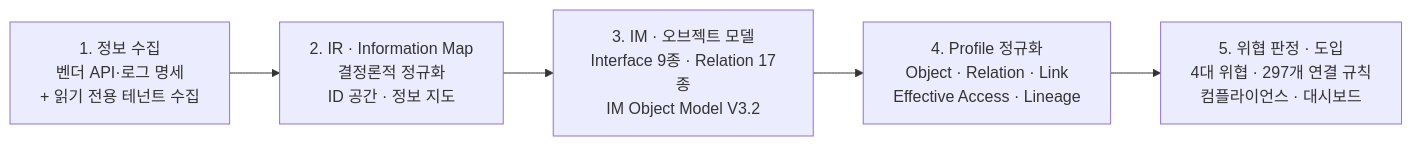
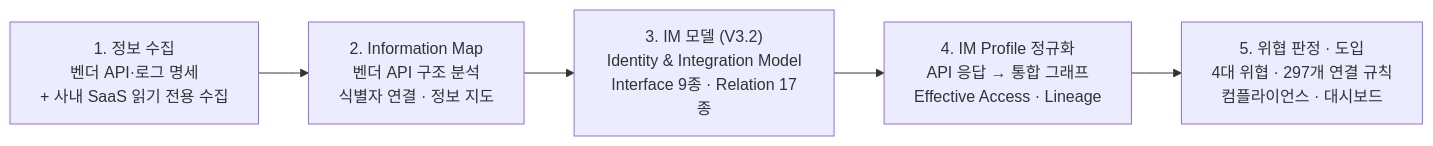
The diagram in README.md (AEGI-Inc/aegi-framework), drawn with Mermaid before and after one commit. The commit also changed other lines of this file and 5 other files, not shown here.

Commit message:
docs: clarify pipeline and core concepts (Information Map, IM, IM Profile)

````diff
--- a/README.md
+++ b/README.md
@@ -11,9 +11,9 @@
 ```mermaid
 flowchart LR
-  S1["1. 정보 수집<br/>벤더 API·로그 명세<br/>+ 읽기 전용 테넌트 수집"]
-  S2["2. IR · Information Map<br/>결정론적 정규화<br/>ID 공간 · 정보 지도"]
-  S3["3. IM · 오브젝트 모델<br/>Interface 9종 · Relation 17종<br/>IM Object Model V3.2"]
-  S4["4. Profile 정규화<br/>Object · Relation · Link<br/>Effective Access · Lineage"]
+  S1["1. 정보 수집<br/>벤더 API·로그 명세<br/>+ 사내 SaaS 읽기 전용 수집"]
+  S2["2. Information Map<br/>벤더 API 구조 분석<br/>식별자 연결 · 정보 지도"]
+  S3["3. IM 모델 (V3.2)<br/>Identity & Integration Model<br/>Interface 9종 · Relation 17종"]
+  S4["4. IM Profile 정규화<br/>API 응답 → 통합 그래프<br/>Effective Access · Lineage"]
   S5["5. 위협 판정 · 도입<br/>4대 위협 · 297개 연결 규칙<br/>컴플라이언스 · 대시보드"]
   S1 --> S2 --> S3 --> S4 --> S5
 ```
````
